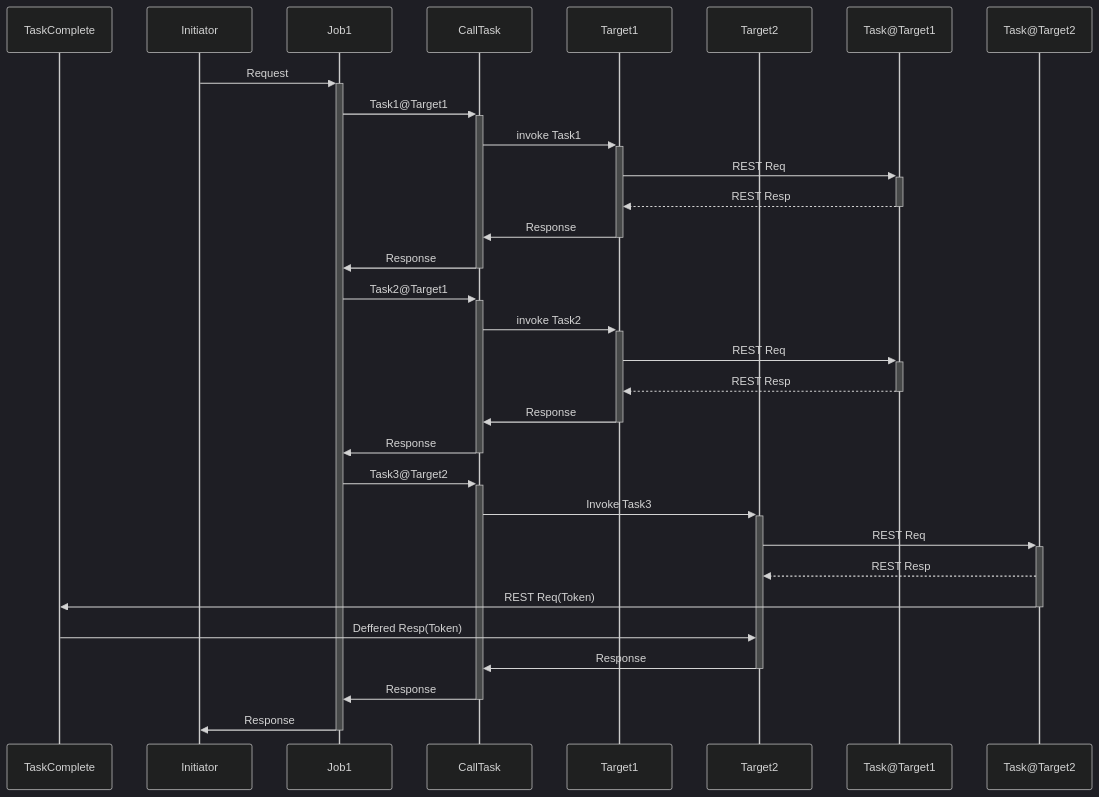
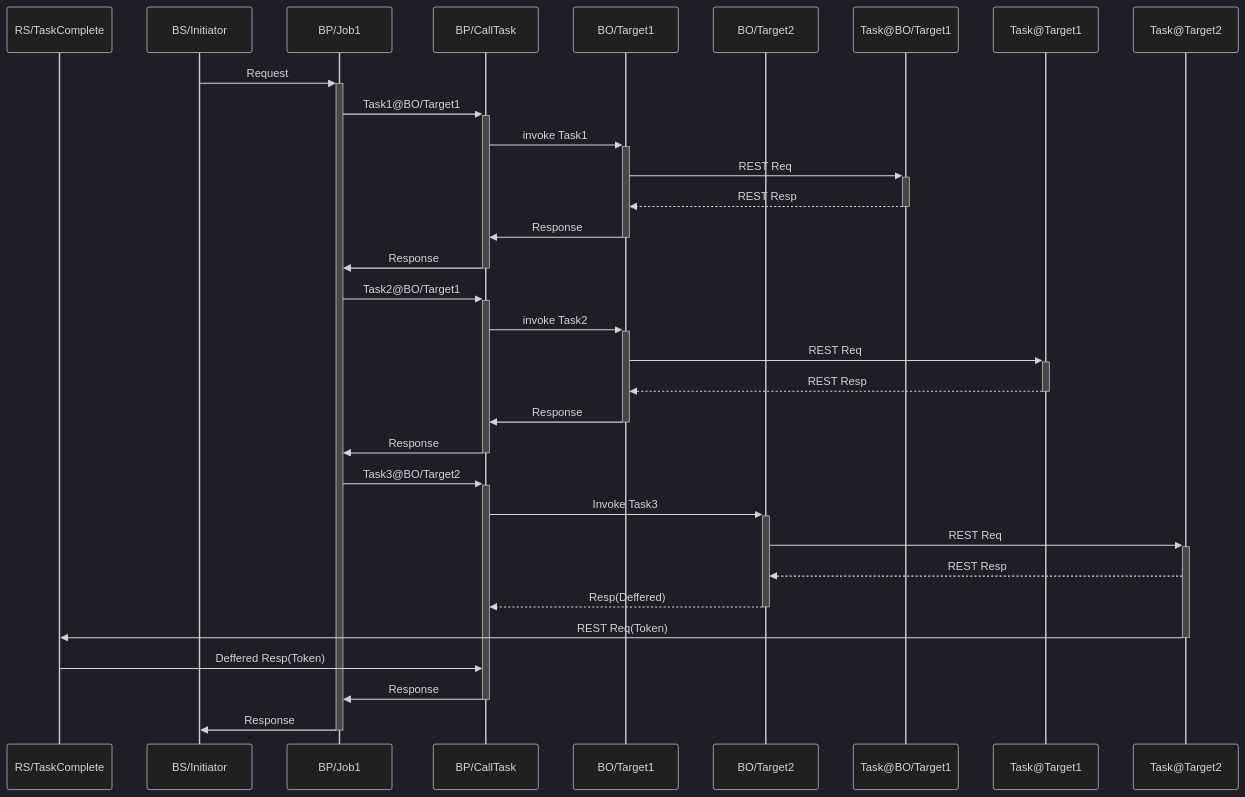
Before and after one commit to IRISMeister/jobmanagement: the diagram in README.md, drawn with Mermaid (dark theme).

````diff
--- a/README.md
+++ b/README.md
@@ -48,47 +48,49 @@
 ```mermaid
 sequenceDiagram
 
-participant TaskComplete
-participant Initiator
-participant Job1
-participant CallTask
-participant Target1
-participant Target2
+participant RS/TaskComplete
+participant BS/Initiator
+participant BP/Job1
+participant BP/CallTask
+participant BO/Target1
+participant BO/Target2
 
-Initiator->>+Job1: Request
+BS/Initiator->>+BP/Job1: Request
 
-Job1->>+CallTask: Task1@Target1
+BP/Job1->>+BP/CallTask: Task1@BO/Target1
 
-CallTask->>+Target1: invoke Task1
+BP/CallTask->>+BO/Target1: invoke Task1
 
-Target1->>+Task@Target1:REST Req
-Task@Target1-->>-Target1:REST Resp
+BO/Target1->>+Task@BO/Target1:REST Req
+Task@BO/Target1-->>-BO/Target1:REST Resp
 
 
-Target1->>-CallTask: Response
-CallTask->>-Job1: Response
+BO/Target1->>-BP/CallTask: Response
+BP/CallTask->>-BP/Job1: Response
 
-Job1->>+CallTask: Task2@Target1
-CallTask->>+Target1: invoke Task2
+BP/Job1->>+BP/CallTask: Task2@BO/Target1
+BP/CallTask->>+BO/Target1: invoke Task2
 
-Target1->>+Task@Target1:REST Req
-Task@Target1-->>-Target1:REST Resp
+BO/Target1->>+Task@Target1:REST Req
+Task@Target1-->>-BO/Target1:REST Resp
 
-Target1->>-CallTask: Response
-CallTask->>-Job1: Response
+BO/Target1->>-BP/CallTask: Response
+BP/CallTask->>-BP/Job1: Response
 
-Job1->>+CallTask: Task3@Target2
+BP/Job1->>+BP/CallTask: Task3@BO/Target2
 
-CallTask->>+Target2: Invoke Task3
+BP/CallTask->>+BO/Target2: Invoke Task3
 
-Target2->>+Task@Target2:REST Req
-Task@Target2-->>Target2:REST Resp
+BO/Target2->>+Task@Target2:REST Req
+Task@Target2-->>BO/Target2:REST Resp
 
-Task@Target2->>-TaskComplete:REST Req(Token)
-TaskComplete->>Target2:Deffered Resp(Token)
+BO/Target2-->>-BP/CallTask:Resp(Deffered)
 
-Target2->>-CallTask: Response
-CallTask->>-Job1: Response
+Task@Target2->>-RS/TaskComplete:REST Req(Token)
+RS/TaskComplete->>BP/CallTask:Deffered Resp(Token)
 
-Job1->>-Initiator: Response
+BP/CallTask->>-BP/Job1: Response
+
+BP/Job1->>-BS/Initiator: Response
+
 ```
````
